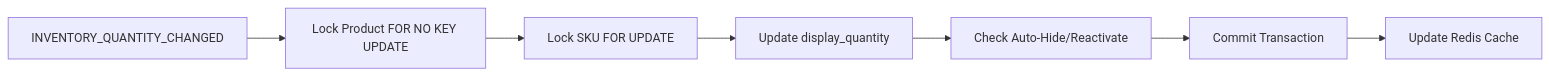
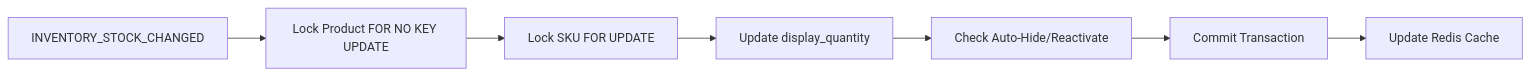
Before and after one commit to quangdung2110/e-commerce-microservices: the diagram in docs/product/inventory_sync_optimization.md, drawn with Mermaid. The commit also changed other lines of this file and 4 other files, not shown here.

Commit message:
Update inventory documentation to replace references of `INVENTORY_QUANTITY_CHANGED` with `INVENTORY_STOCK_CHANGED`, reflecting changes in event handling and payload structure. Enhance clarity on timestamp conversion and staleness guard mechanisms in the Two-Phase Lock-Free architecture.

````diff
--- a/docs/product/inventory_sync_optimization.md
+++ b/docs/product/inventory_sync_optimization.md
@@ -23,9 +23,9 @@
 ```mermaid
 flowchart LR
-    A[INVENTORY_QUANTITY_CHANGED] --> B[Lock Product FOR NO KEY UPDATE]
+    A[INVENTORY_STOCK_CHANGED] --> B[Lock Product FOR NO KEY UPDATE]
     B --> C[Lock SKU FOR UPDATE]
     C --> D[Update display_quantity]
     D --> E[Check Auto-Hide/Reactivate]
     E --> F[Commit Transaction]
     F --> G[Update Redis Cache]
 ```
````
